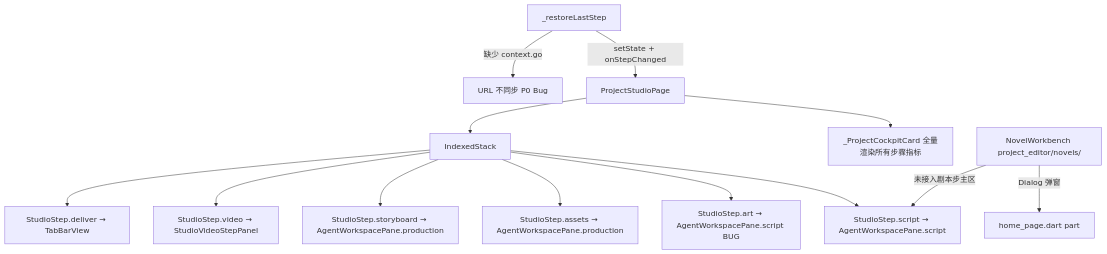
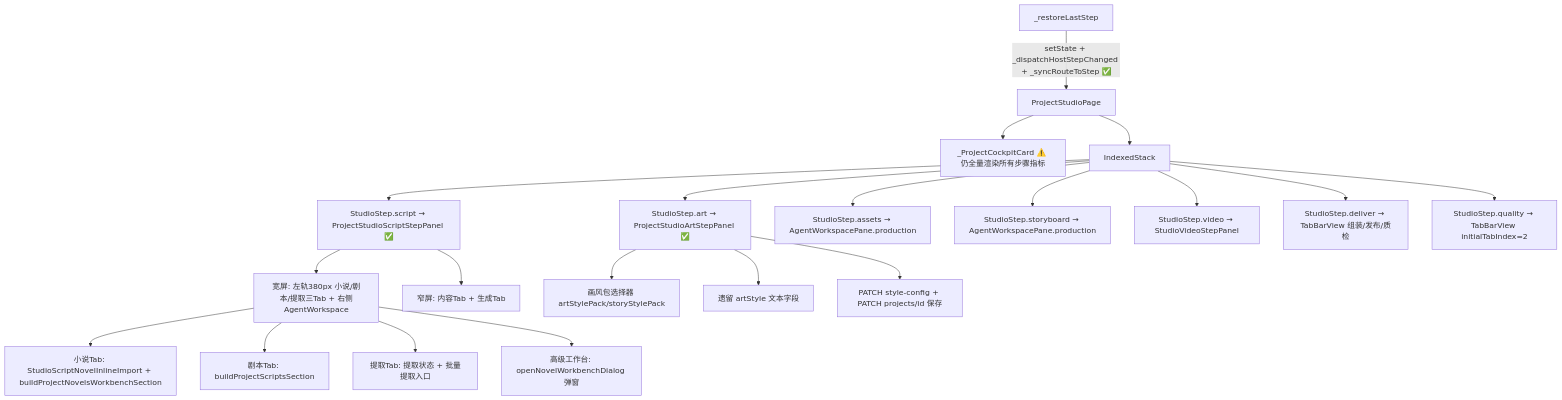
One commit to hebingbing123/Toonflow-app changed the first of 5 diagrams in .kiro/specs/studio-script-step-redesign/design.md. Above: the diagram before and after it, drawn with Mermaid. The commit also changed other lines of this file and 44 other files, not shown here.

````diff
--- a/.kiro/specs/studio-script-step-redesign/design.md
+++ b/.kiro/specs/studio-script-step-redesign/design.md
@@ -30,17 +36,25 @@
 ```mermaid
 graph TD
-    A[ProjectStudioPage] --> B[_ProjectCockpitCard 全量渲染所有步骤指标]
+    A[ProjectStudioPage] --> B[_ProjectCockpitCard ⚠️ 仍全量渲染所有步骤指标]
     A --> C[IndexedStack]
-    C --> D[StudioStep.script → AgentWorkspacePane.script]
-    C --> E[StudioStep.art → AgentWorkspacePane.script BUG]
+    C --> D[StudioStep.script → ProjectStudioScriptStepPanel ✅]
+    C --> E[StudioStep.art → ProjectStudioArtStepPanel ✅]
     C --> F[StudioStep.assets → AgentWorkspacePane.production]
     C --> G[StudioStep.storyboard → AgentWorkspacePane.production]
     C --> H[StudioStep.video → StudioVideoStepPanel]
-    C --> I[StudioStep.deliver → TabBarView]
+    C --> I[StudioStep.deliver → TabBarView 组装/发布/质检]
+    C --> J[StudioStep.quality → TabBarView initialTabIndex=2]
 
-    J[_restoreLastStep] -->|setState + onStepChanged| A
-    J -->|缺少 context.go| K[URL 不同步 P0 Bug]
+    K[_restoreLastStep] -->|setState + _dispatchHostStepChanged + _syncRouteToStep ✅| A
 
-    L[NovelWorkbench project_editor/novels/] -->|Dialog 弹窗| M[home_page.dart part]
-    L -->|未接入剧本步主区| D
+    D --> D1[宽屏: 左轨380px 小说/剧本/提取三Tab + 右侧AgentWorkspace]
+    D --> D2[窄屏: 内容Tab + 生成Tab]
+    D1 --> D1a[小说Tab: StudioScriptNovelInlineImport + buildProjectNovelsWorkbenchSection]
+    D1 --> D1b[剧本Tab: buildProjectScriptsSection]
+    D1 --> D1c[提取Tab: 提取状态 + 批量提取入口]
+    D1 --> D1d[高级工作台: openNovelWorkbenchDialog 弹窗]
+
+    E --> E1[画风包选择器 artStylePack/storyStylePack]
+    E --> E2[遗留 artStyle 文本字段]
+    E --> E3[PATCH style-config + PATCH projects/id 保存]
 ```
````
